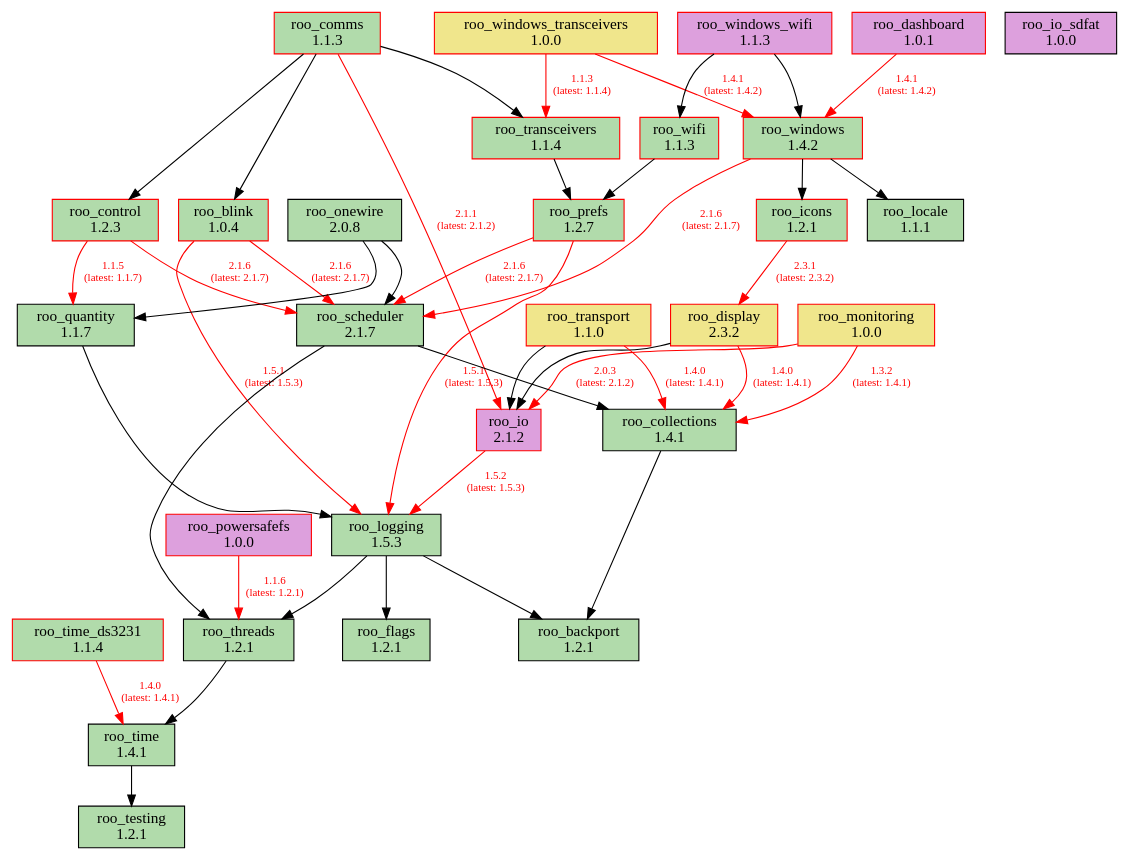
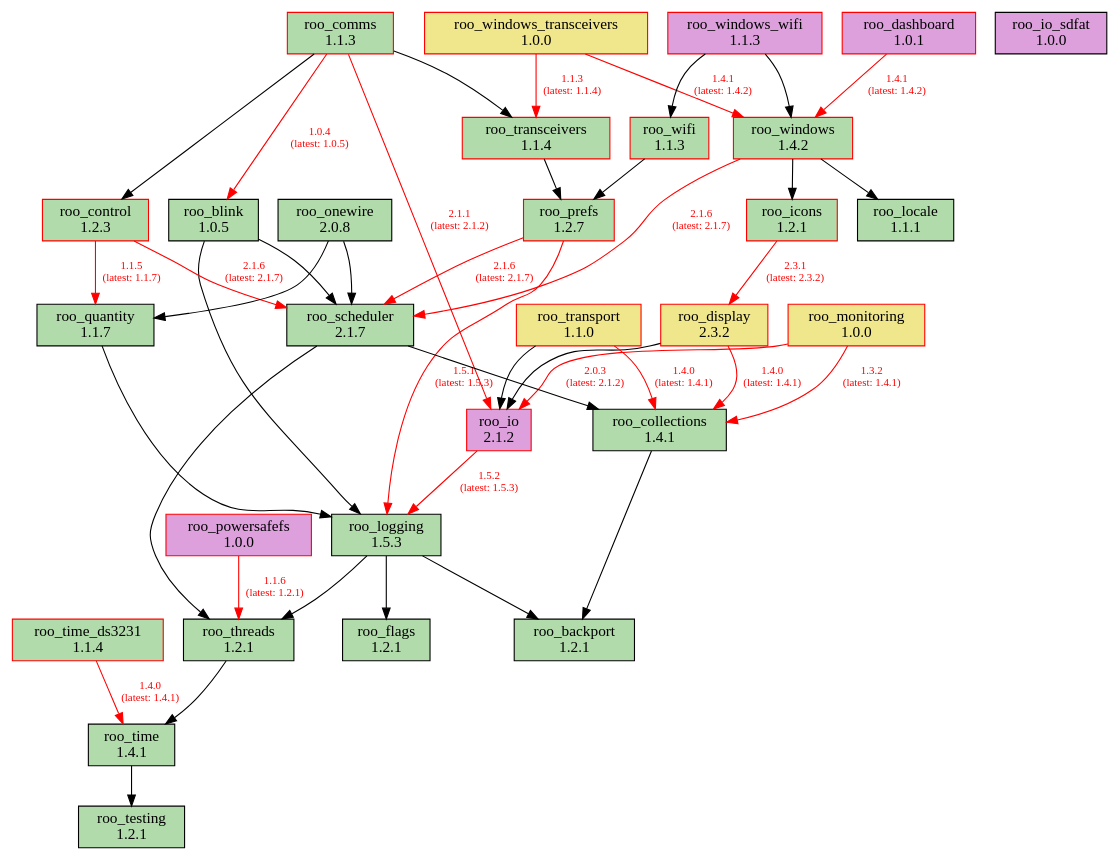
Before and after one commit to dejwk/roo-registry: the diagram in doc/dependencies.dot, drawn with Graphviz. The commit also changed 3 other files, not shown here.

Commit message:
Added roo_blink 1.0.5 to the registry.

```diff
--- a/doc/dependencies.dot
+++ b/doc/dependencies.dot
@@ -1,79 +1,79 @@
 digraph dependencies {
     rankdir=TB;
     node [shape=box, style=filled];
     edge [fontsize=10];
 
     // Modules
     "roo_backport" [label="roo_backport\n1.2.1", fillcolor="#b1dbab", color="black"];
-    "roo_blink" [label="roo_blink\n1.0.4", fillcolor="#b1dbab", color="red"];
+    "roo_blink" [label="roo_blink\n1.0.5", fillcolor="#b1dbab", color="black"];
     "roo_collections" [label="roo_collections\n1.4.1", fillcolor="#b1dbab", color="black"];
     "roo_comms" [label="roo_comms\n1.1.3", fillcolor="#b1dbab", color="red"];
     "roo_control" [label="roo_control\n1.2.3", fillcolor="#b1dbab", color="red"];
     "roo_dashboard" [label="roo_dashboard\n1.0.1", fillcolor="plum", color="red"];
     "roo_display" [label="roo_display\n2.3.2", fillcolor="khaki", color="red"];
     "roo_flags" [label="roo_flags\n1.2.1", fillcolor="#b1dbab", color="black"];
     "roo_icons" [label="roo_icons\n1.2.1", fillcolor="#b1dbab", color="red"];
     "roo_io" [label="roo_io\n2.1.2", fillcolor="plum", color="red"];
     "roo_io_sdfat" [label="roo_io_sdfat\n1.0.0", fillcolor="plum", color="black"];
     "roo_locale" [label="roo_locale\n1.1.1", fillcolor="#b1dbab", color="black"];
     "roo_logging" [label="roo_logging\n1.5.3", fillcolor="#b1dbab", color="black"];
     "roo_monitoring" [label="roo_monitoring\n1.0.0", fillcolor="khaki", color="red"];
     "roo_onewire" [label="roo_onewire\n2.0.8", fillcolor="#b1dbab", color="black"];
     "roo_powersafefs" [label="roo_powersafefs\n1.0.0", fillcolor="plum", color="red"];
     "roo_prefs" [label="roo_prefs\n1.2.7", fillcolor="#b1dbab", color="red"];
     "roo_quantity" [label="roo_quantity\n1.1.7", fillcolor="#b1dbab", color="black"];
     "roo_scheduler" [label="roo_scheduler\n2.1.7", fillcolor="#b1dbab", color="black"];
     "roo_testing" [label="roo_testing\n1.2.1", fillcolor="#b1dbab", color="black"];
     "roo_threads" [label="roo_threads\n1.2.1", fillcolor="#b1dbab", color="black"];
     "roo_time" [label="roo_time\n1.4.1", fillcolor="#b1dbab", color="black"];
     "roo_time_ds3231" [label="roo_time_ds3231\n1.1.4", fillcolor="#b1dbab", color="red"];
     "roo_transceivers" [label="roo_transceivers\n1.1.4", fillcolor="#b1dbab", color="red"];
     "roo_transport" [label="roo_transport\n1.1.0", fillcolor="khaki", color="red"];
     "roo_wifi" [label="roo_wifi\n1.1.3", fillcolor="#b1dbab", color="red"];
     "roo_windows" [label="roo_windows\n1.4.2", fillcolor="#b1dbab", color="red"];
     "roo_windows_transceivers" [label="roo_windows_transceivers\n1.0.0", fillcolor="khaki", color="red"];
     "roo_windows_wifi" [label="roo_windows_wifi\n1.1.3", fillcolor="plum", color="red"];
 
     // Dependencies
-    "roo_blink" -> "roo_logging" [color=red, fontcolor=red, label="1.5.1\n(latest: 1.5.3)"];
-    "roo_blink" -> "roo_scheduler" [color=red, fontcolor=red, label="2.1.6\n(latest: 2.1.7)"];
+    "roo_blink" -> "roo_logging";
+    "roo_blink" -> "roo_scheduler";
     "roo_collections" -> "roo_backport";
-    "roo_comms" -> "roo_blink";
+    "roo_comms" -> "roo_blink" [color=red, fontcolor=red, label="1.0.4\n(latest: 1.0.5)"];
     "roo_comms" -> "roo_control";
     "roo_comms" -> "roo_io" [color=red, fontcolor=red, label="2.1.1\n(latest: 2.1.2)"];
     "roo_comms" -> "roo_transceivers";
     "roo_control" -> "roo_quantity" [color=red, fontcolor=red, label="1.1.5\n(latest: 1.1.7)"];
     "roo_control" -> "roo_scheduler" [color=red, fontcolor=red, label="2.1.6\n(latest: 2.1.7)"];
     "roo_dashboard" -> "roo_windows" [color=red, fontcolor=red, label="1.4.1\n(latest: 1.4.2)"];
     "roo_display" -> "roo_collections" [color=red, fontcolor=red, label="1.4.0\n(latest: 1.4.1)"];
     "roo_display" -> "roo_io";
     "roo_icons" -> "roo_display" [color=red, fontcolor=red, label="2.3.1\n(latest: 2.3.2)"];
     "roo_io" -> "roo_logging" [color=red, fontcolor=red, label="1.5.2\n(latest: 1.5.3)"];
     "roo_logging" -> "roo_backport";
     "roo_logging" -> "roo_flags";
     "roo_logging" -> "roo_threads";
     "roo_monitoring" -> "roo_collections" [color=red, fontcolor=red, label="1.3.2\n(latest: 1.4.1)"];
     "roo_monitoring" -> "roo_io" [color=red, fontcolor=red, label="2.0.3\n(latest: 2.1.2)"];
     "roo_onewire" -> "roo_scheduler";
     "roo_onewire" -> "roo_quantity";
     "roo_powersafefs" -> "roo_threads" [color=red, fontcolor=red, label="1.1.6\n(latest: 1.2.1)"];
     "roo_prefs" -> "roo_logging" [color=red, fontcolor=red, label="1.5.1\n(latest: 1.5.3)"];
     "roo_prefs" -> "roo_scheduler" [color=red, fontcolor=red, label="2.1.6\n(latest: 2.1.7)"];
     "roo_quantity" -> "roo_logging";
     "roo_scheduler" -> "roo_collections";
     "roo_scheduler" -> "roo_threads";
     "roo_threads" -> "roo_time";
     "roo_time" -> "roo_testing";
     "roo_time_ds3231" -> "roo_time" [color=red, fontcolor=red, label="1.4.0\n(latest: 1.4.1)"];
     "roo_transceivers" -> "roo_prefs";
     "roo_transport" -> "roo_collections" [color=red, fontcolor=red, label="1.4.0\n(latest: 1.4.1)"];
     "roo_transport" -> "roo_io";
     "roo_wifi" -> "roo_prefs";
     "roo_windows" -> "roo_locale";
     "roo_windows" -> "roo_icons";
     "roo_windows" -> "roo_scheduler" [color=red, fontcolor=red, label="2.1.6\n(latest: 2.1.7)"];
     "roo_windows_transceivers" -> "roo_transceivers" [color=red, fontcolor=red, label="1.1.3\n(latest: 1.1.4)"];
     "roo_windows_transceivers" -> "roo_windows" [color=red, fontcolor=red, label="1.4.1\n(latest: 1.4.2)"];
     "roo_windows_wifi" -> "roo_wifi";
     "roo_windows_wifi" -> "roo_windows";
 }
```
